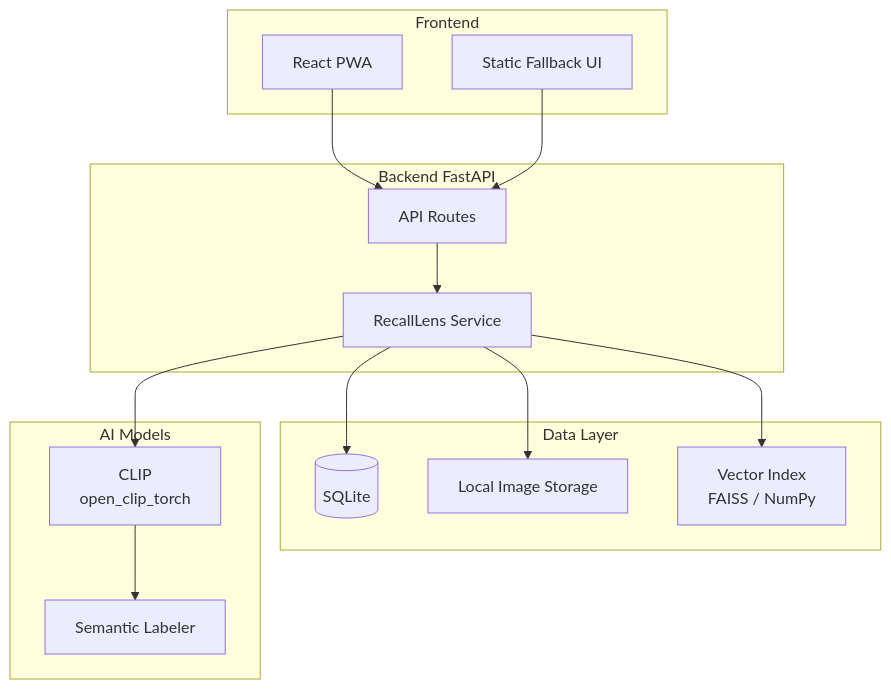
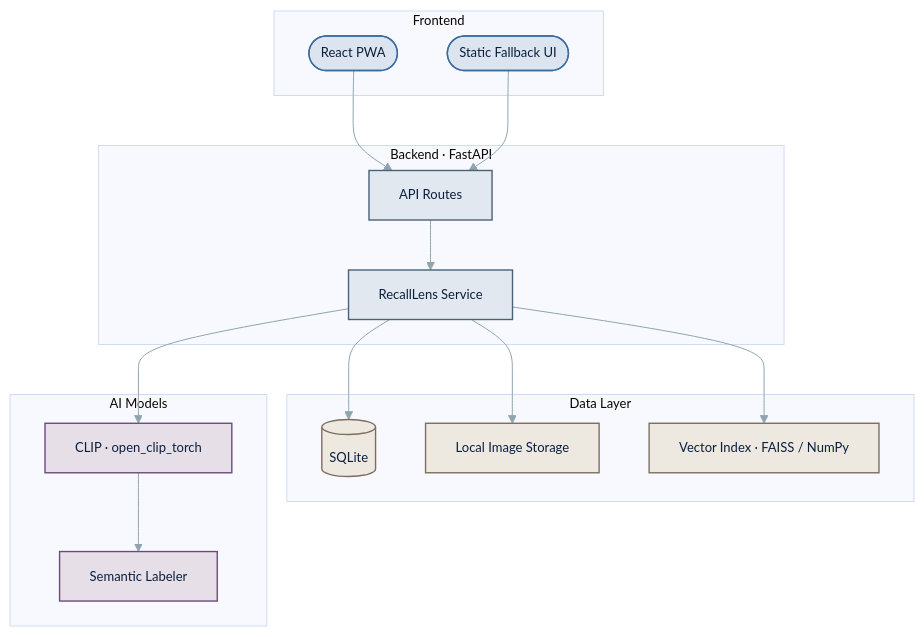
The first of 3 diagrams in README.en.md (MangolDurian/RecallLens), drawn with Mermaid before and after one commit. The commit also changed other lines of this file and 1 other file, not shown here.

First line of the commit message:
优化 Mermaid 流程图样式：墨水/纸张色系 + 分层色卡

````diff
--- a/README.en.md
+++ b/README.en.md
@@ -19,32 +19,38 @@
 ```mermaid
+%%{init:{"theme":"base","themeVariables":{"primaryTextColor":"#0a1f3d","lineColor":"#90a4ae","fontFamily":"system-ui,sans-serif","fontSize":"13px"}}}%%
 graph TB
-    subgraph Frontend
-        A[React PWA]
-        B[Static Fallback UI]
+    classDef fe fill:#dce5ef,stroke:#3a6b9f,stroke-width:1.4px,color:#0a1f3d
+    classDef be fill:#e2e8f0,stroke:#4a6278,stroke-width:1.4px,color:#0a1f3d
+    classDef db fill:#ede8e0,stroke:#7d6e5d,stroke-width:1.4px,color:#0a1f3d
+    classDef ai fill:#e6dfe8,stroke:#6b4d7a,stroke-width:1.4px,color:#0a1f3d
+
+    subgraph Frontend["Frontend"]
+        A(["React PWA"]):::fe
+        B(["Static Fallback UI"]):::fe
     end
 
-    subgraph Backend FastAPI
-        C[API Routes]
-        D[RecallLens Service]
+    subgraph Backend["Backend · FastAPI"]
+        C["API Routes"]:::be
+        D["RecallLens Service"]:::be
     end
 
-    subgraph Data Layer
-        E[(SQLite)]
-        F[Local Image Storage]
-        G[Vector Index<br/>FAISS / NumPy]
+    subgraph Data["Data Layer"]
+        E[("SQLite")]:::db
+        F["Local Image Storage"]:::db
+        G["Vector Index · FAISS / NumPy"]:::db
     end
 
-    subgraph AI Models
-        H[CLIP<br/>open_clip_torch]
-        I[Semantic Labeler]
+    subgraph Model["AI Models"]
+        H["CLIP · open_clip_torch"]:::ai
+        I["Semantic Labeler"]:::ai
     end
 
     A --> C
     B --> C
     C --> D
     D --> E
     D --> F
     D --> G
     D --> H
     H --> I
 ```
````
